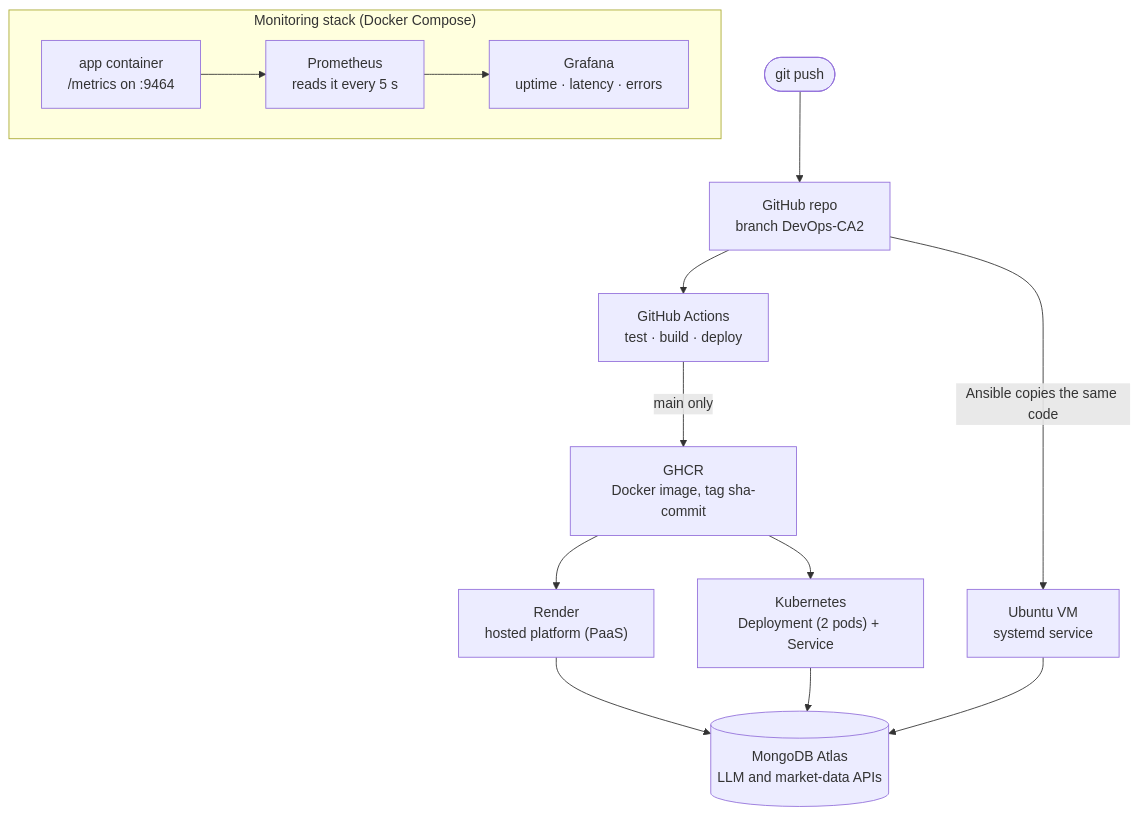
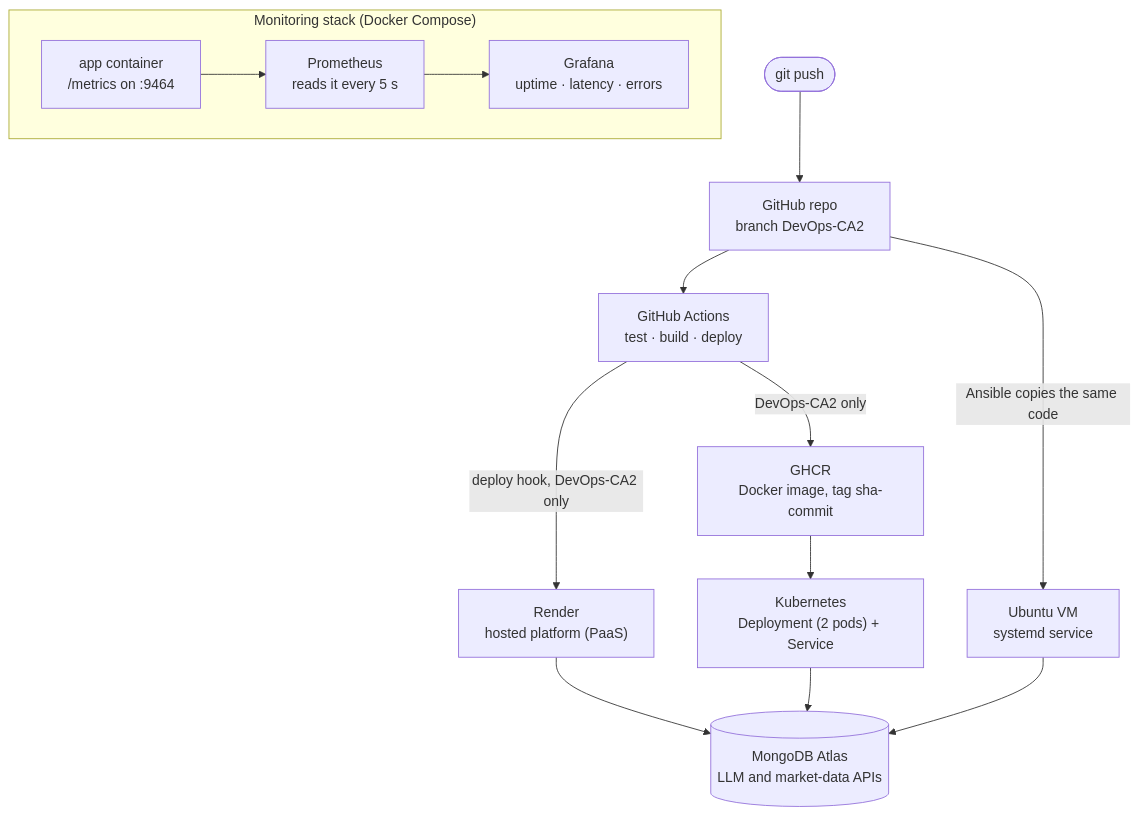
One commit to rocko131205/PBL-2 changed the first of 2 diagrams in docs/REPORT.md. Above: the diagram before and after it, drawn with Mermaid. The commit also changed other lines of this file and 7 other files, not shown here.

First line of the commit message:
ci, docs: use DevOps-CA2 as the release branch everywhere

````diff
--- a/docs/REPORT.md
+++ b/docs/REPORT.md
@@ -39,14 +39,14 @@
 ```mermaid
 flowchart TB
     DEV(["git push"]) --> REPO["GitHub repo<br/>branch DevOps-CA2"]
     REPO --> CI["GitHub Actions<br/>test · build · deploy"]
-    CI -- "main only" --> GHCR["GHCR<br/>Docker image, tag sha-commit"]
-    GHCR --> RENDER["Render<br/>hosted platform (PaaS)"]
+    CI -- "DevOps-CA2 only" --> GHCR["GHCR<br/>Docker image, tag sha-commit"]
+    CI -- "deploy hook, DevOps-CA2 only" --> RENDER["Render<br/>hosted platform (PaaS)"]
     GHCR --> K8S["Kubernetes<br/>Deployment (2 pods) + Service"]
     REPO -- "Ansible copies the same code" --> VM["Ubuntu VM<br/>systemd service"]
     RENDER & K8S & VM --> EXT[("MongoDB Atlas<br/>LLM and market-data APIs")]
     subgraph MON["Monitoring stack (Docker Compose)"]
         direction LR
         APP["app container<br/>/metrics on :9464"] --> PROM["Prometheus<br/>reads it every 5 s"] --> GRAF["Grafana<br/>uptime · latency · errors"]
     end
 ```
````
